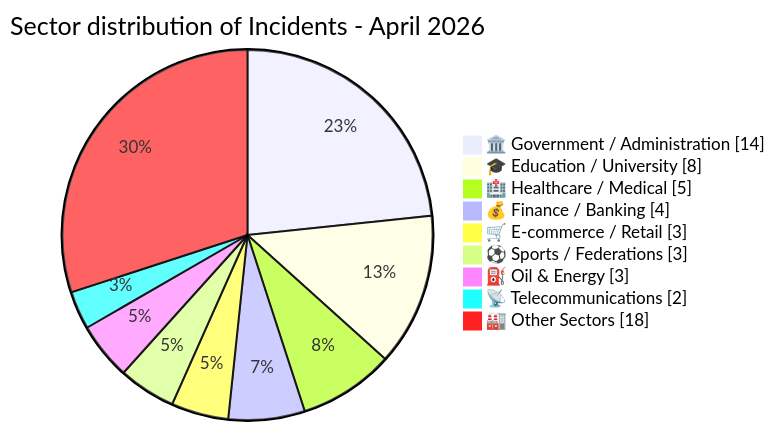
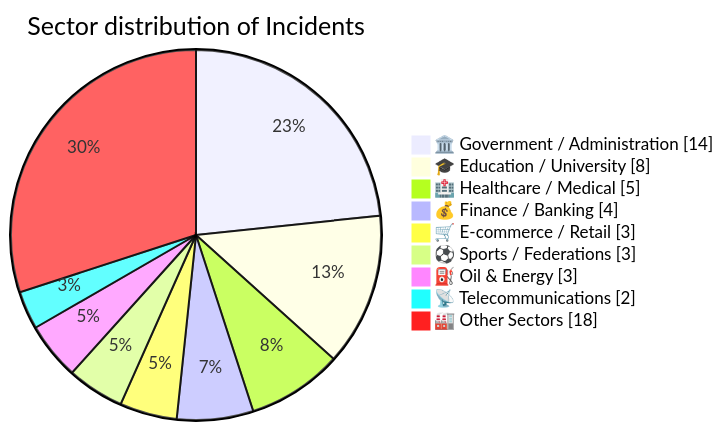
Before and after one commit to Hatchepsoute/AFRINTEL: the fourth of 5 diagrams in reports/2026/04-april/README.md, drawn with Mermaid. The commit also changed other lines of this file, not shown here.

Commit message:
Rapport CTI Avril 2026

````diff
--- a/reports/2026/04-april/README.md
+++ b/reports/2026/04-april/README.md
@@ -206,13 +207,13 @@
 ```mermaid
 pie showData
-    title Sector distribution of Incidents - April 2026
+    title Sector distribution of Incidents
     "🏛️ Government / Administration" : 14
     "🎓 Education / University" : 8
     "🏥 Healthcare / Medical" : 5
     "💰 Finance / Banking" : 4
     "🛒 E-commerce / Retail" : 3
     "⚽ Sports / Federations" : 3
     "⛽ Oil & Energy" : 3
     "📡 Telecommunications" : 2
     "🏭 Other Sectors" : 18
 ```
````
